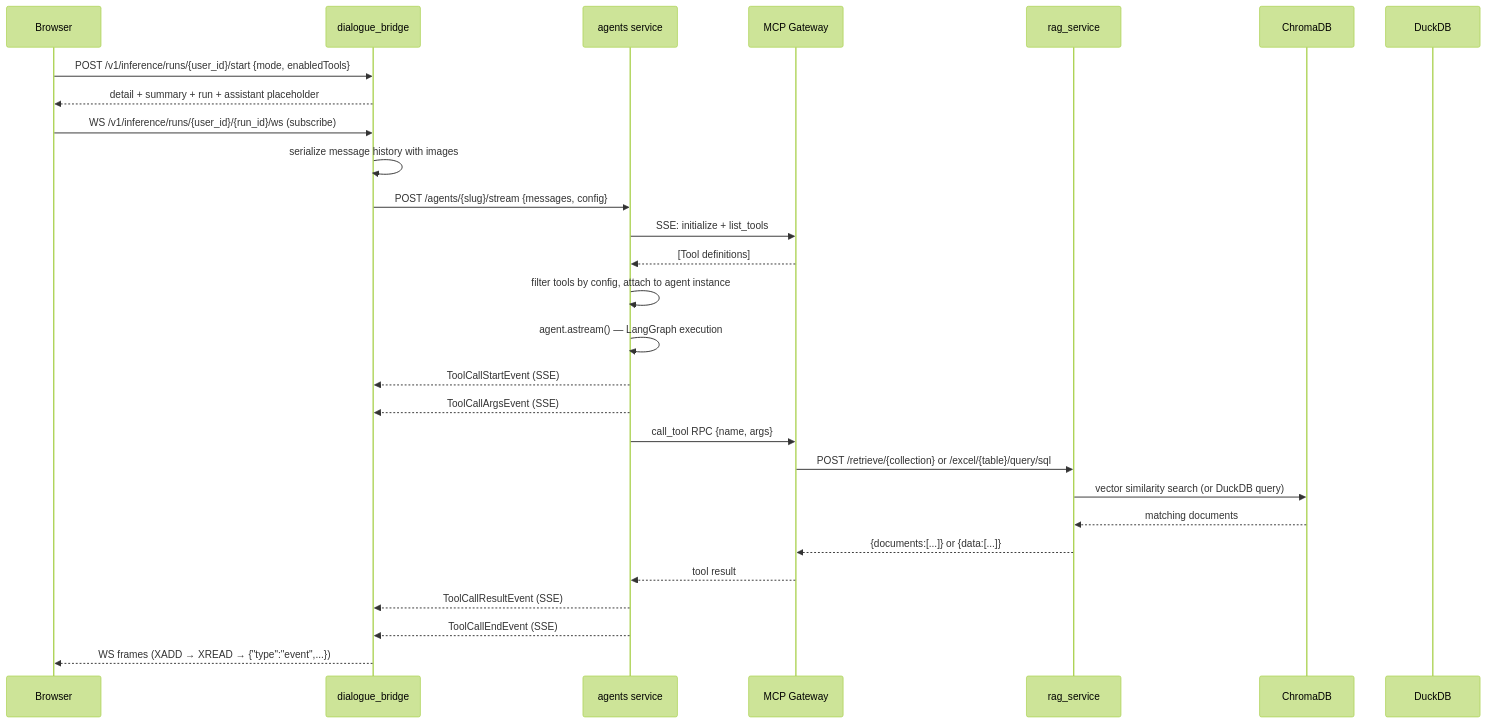
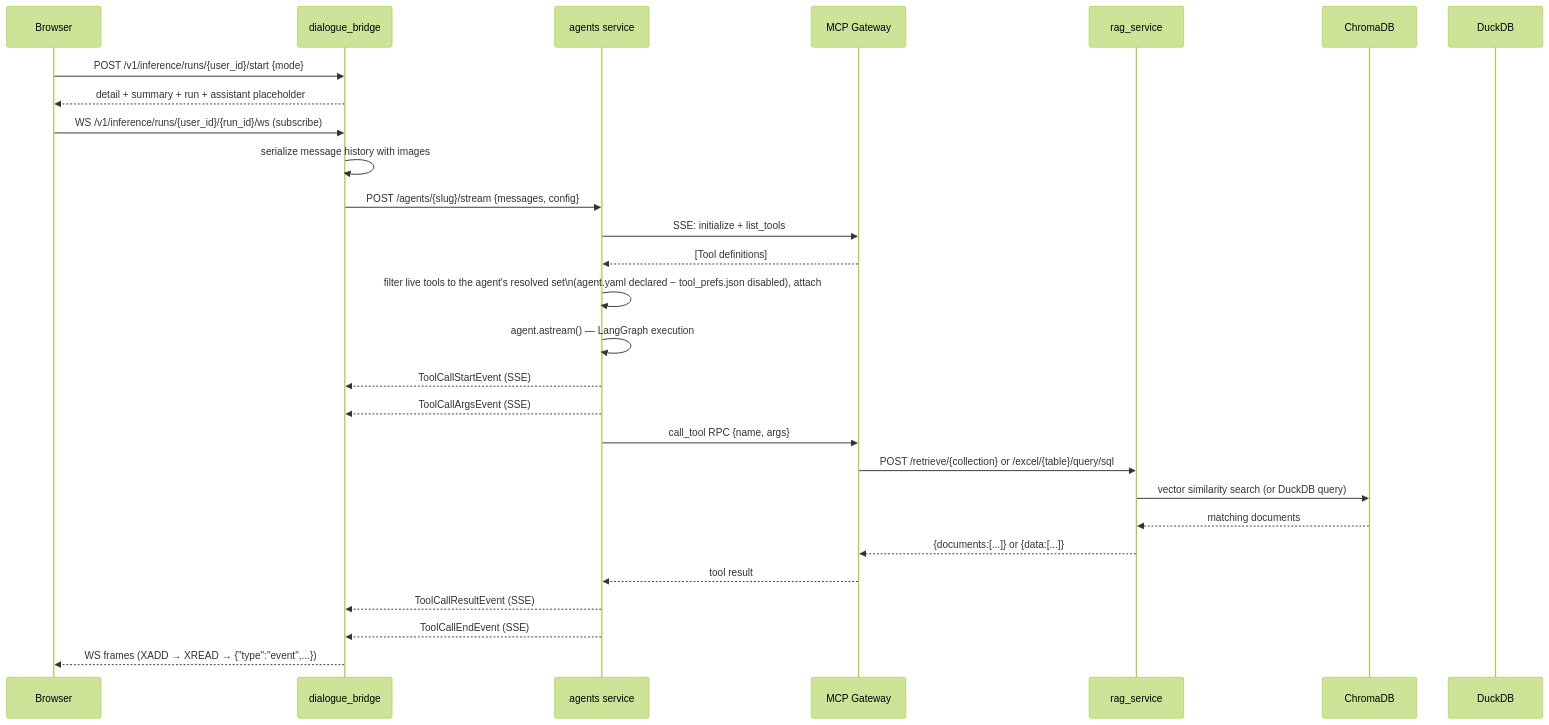
The second of 10 diagrams in docs/development/retrieval-and-tools.md (konstantinosmpouros/mAgenticX), drawn with Mermaid (forest theme) before and after one commit. The commit also changed other lines of this file and 53 other files, not shown here.

Commit message:
feat(tools): per-agent tool model — retire global enabledTools, add MCP catalog picker

````diff
--- a/docs/development/retrieval-and-tools.md
+++ b/docs/development/retrieval-and-tools.md
@@ -33,35 +33,35 @@
 ```mermaid
 sequenceDiagram
     participant Browser
     participant Bridge as dialogue_bridge
     participant Agents as agents service
     participant MCP as MCP Gateway
     participant RAG as rag_service
     participant Chroma as ChromaDB
     participant Duck as DuckDB
 
-    Browser->>Bridge: POST /v1/inference/runs/{user_id}/start {mode, enabledTools}
+    Browser->>Bridge: POST /v1/inference/runs/{user_id}/start {mode}
     Bridge-->>Browser: detail + summary + run + assistant placeholder
     Browser->>Bridge: WS /v1/inference/runs/{user_id}/{run_id}/ws (subscribe)
     Bridge->>Bridge: serialize message history with images
     Bridge->>Agents: POST /agents/{slug}/stream {messages, config}
 
     Agents->>MCP: SSE: initialize + list_tools
     MCP-->>Agents: [Tool definitions]
-    Agents->>Agents: filter tools by config, attach to agent instance
+    Agents->>Agents: filter live tools to the agent's resolved set\n(agent.yaml declared − tool_prefs.json disabled), attach
 
     Agents->>Agents: agent.astream() — LangGraph execution
     Agents-->>Bridge: ToolCallStartEvent (SSE)
     Agents-->>Bridge: ToolCallArgsEvent (SSE)
 
     Agents->>MCP: call_tool RPC {name, args}
     MCP->>RAG: POST /retrieve/{collection} or /excel/{table}/query/sql
     RAG->>Chroma: vector similarity search (or DuckDB query)
     Chroma-->>RAG: matching documents
     RAG-->>MCP: {documents:[...]} or {data:[...]}
     MCP-->>Agents: tool result
 
     Agents-->>Bridge: ToolCallResultEvent (SSE)
     Agents-->>Bridge: ToolCallEndEvent (SSE)
     Bridge-->>Browser: WS frames (XADD → XREAD → {"type":"event",...})
 ```
````
